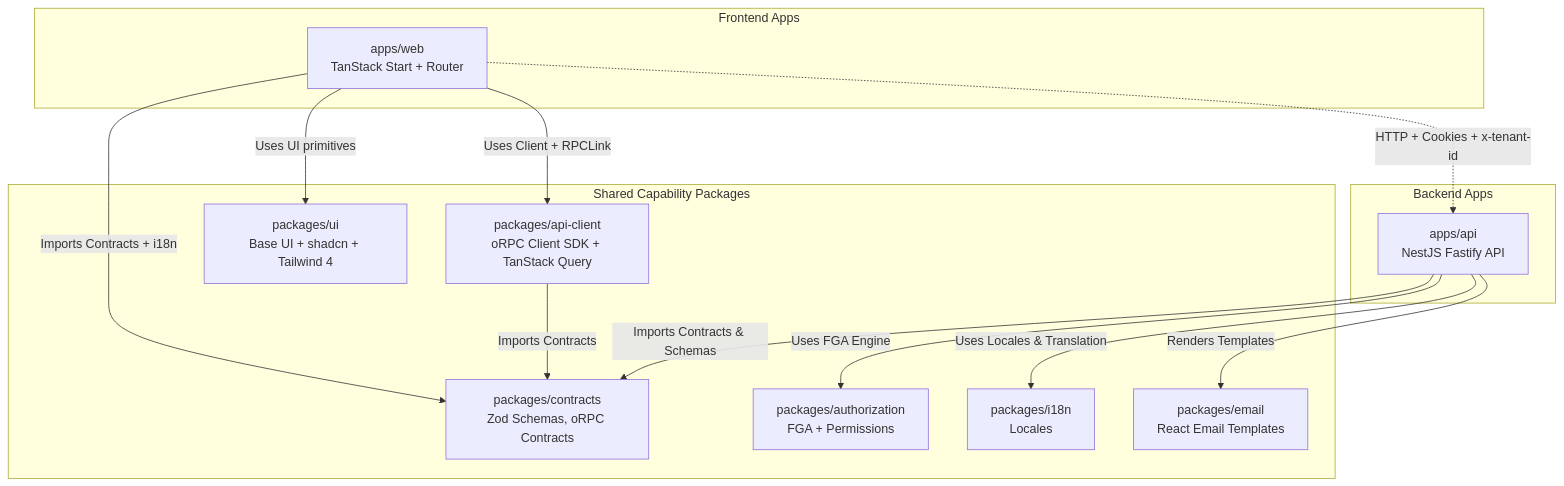
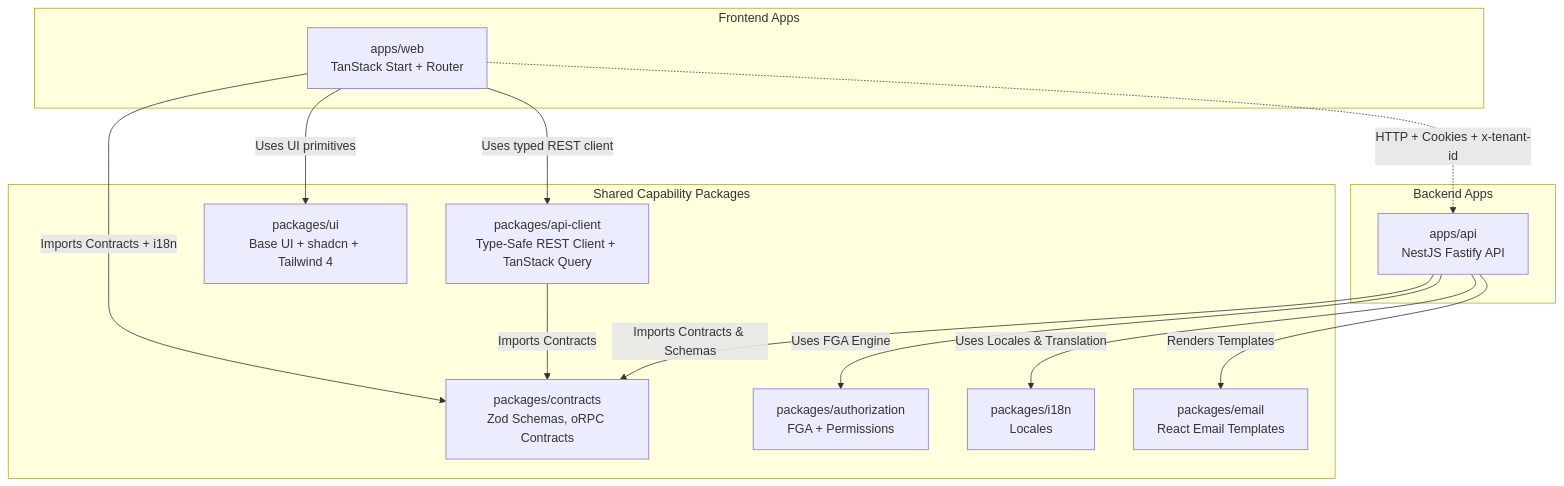
One commit to ihssmaheel-dev/modular-monolith-architecture changed the first of 2 diagrams in ARCHITECTURE_DEEP_DIVE.md. Above: the diagram before and after it, drawn with Mermaid. The commit also changed other lines of this file and 190 other files, not shown here.

````diff
--- a/ARCHITECTURE_DEEP_DIVE.md
+++ b/ARCHITECTURE_DEEP_DIVE.md
@@ -16,27 +16,27 @@
 ```mermaid
 graph TD
     subgraph Frontend Apps
         Web[apps/web<br>TanStack Start + Router]
     end
     subgraph Backend Apps
         A[apps/api<br>NestJS Fastify API]
     end
     subgraph Shared Capability Packages
         S[packages/contracts<br>Zod Schemas, oRPC Contracts]
         AuthZ[packages/authorization<br>FGA + Permissions]
         I18N[packages/i18n<br>Locales]
-        Client[packages/api-client<br>oRPC Client SDK + TanStack Query]
+        Client[packages/api-client<br>Type-Safe REST Client + TanStack Query]
         UI[packages/ui<br>Base UI + shadcn + Tailwind 4]
         Email[packages/email<br>React Email Templates]
     end
 
     A -->|Imports Contracts & Schemas| S
     A -->|Uses FGA Engine| AuthZ
     A -->|Uses Locales & Translation| I18N
     A -->|Renders Templates| Email
     Client -->|Imports Contracts| S
     Web -->|Imports Contracts + i18n| S
     Web -->|Uses UI primitives| UI
-    Web -->|Uses Client + RPCLink| Client
+    Web -->|Uses typed REST client| Client
     Web -.->|HTTP + Cookies + x-tenant-id| A
 ```
````
